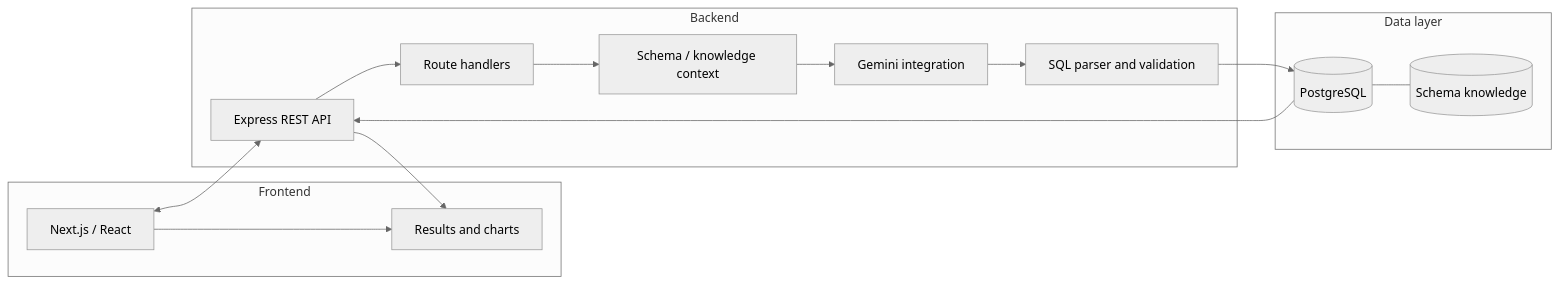
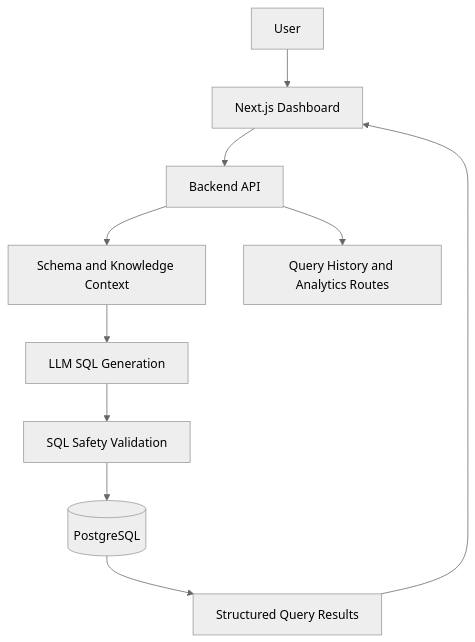
One commit to Gautam0804/QueryMind changed the diagram in README.md. Above: the diagram before and after it, drawn with Mermaid (neutral theme). The commit also changed other lines of this file, not shown here.

````diff
--- a/README.md
+++ b/README.md
@@ -73,28 +105,12 @@
 ```mermaid
-flowchart LR
-    subgraph UI["Frontend"]
-        A["Next.js / React"]
-        B["Results and charts"]
-        A --> B
-    end
-
-    subgraph API["Backend"]
-        C["Express REST API"]
-        D["Route handlers"]
-        E["Schema / knowledge context"]
-        F["Gemini integration"]
-        G["SQL parser and validation"]
-        C --> D --> E --> F --> G
-    end
-
-    subgraph DB["Data layer"]
-        H[("PostgreSQL")]
-        I[("Schema knowledge")]
-        H --- I
-    end
-
-    A <--> C
-    G --> H
-    H --> C
-    C --> B
+flowchart TD
+    U[User] --> F[Next.js Dashboard]
+    F --> A[Backend API]
+    A --> S[Schema and Knowledge Context]
+    S --> L[LLM SQL Generation]
+    L --> V[SQL Safety Validation]
+    V --> D[(PostgreSQL)]
+    D --> R[Structured Query Results]
+    R --> F
+    A --> H[Query History and Analytics Routes]
 ```
````
